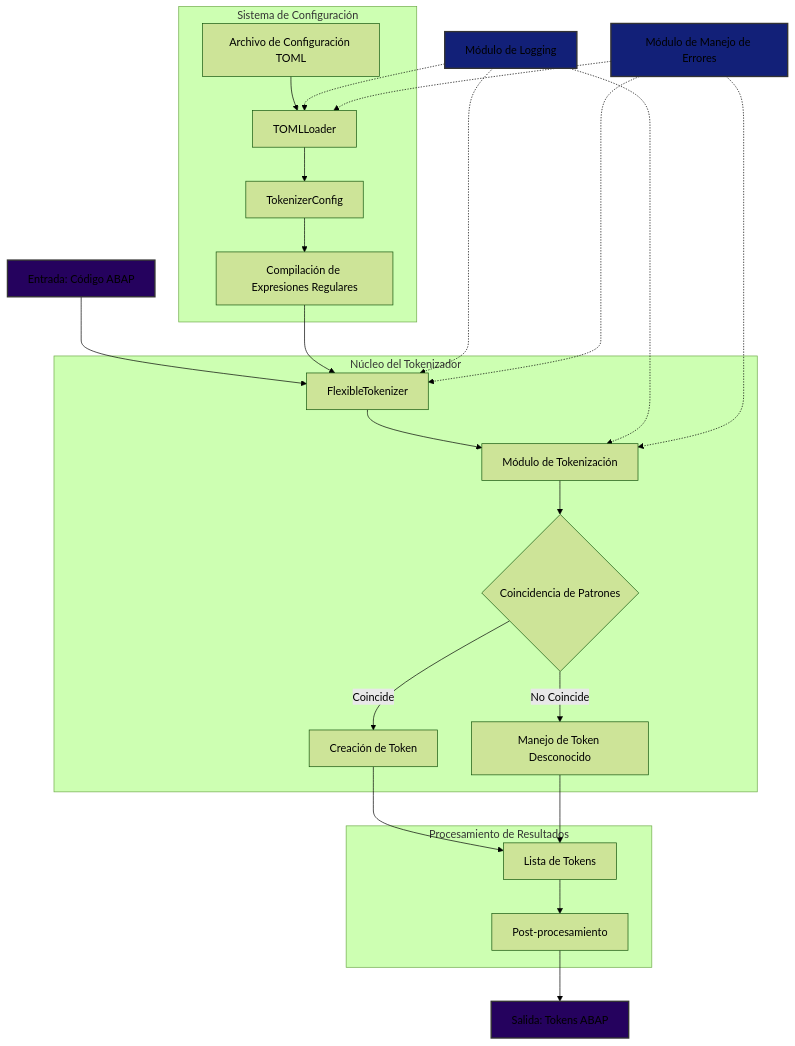
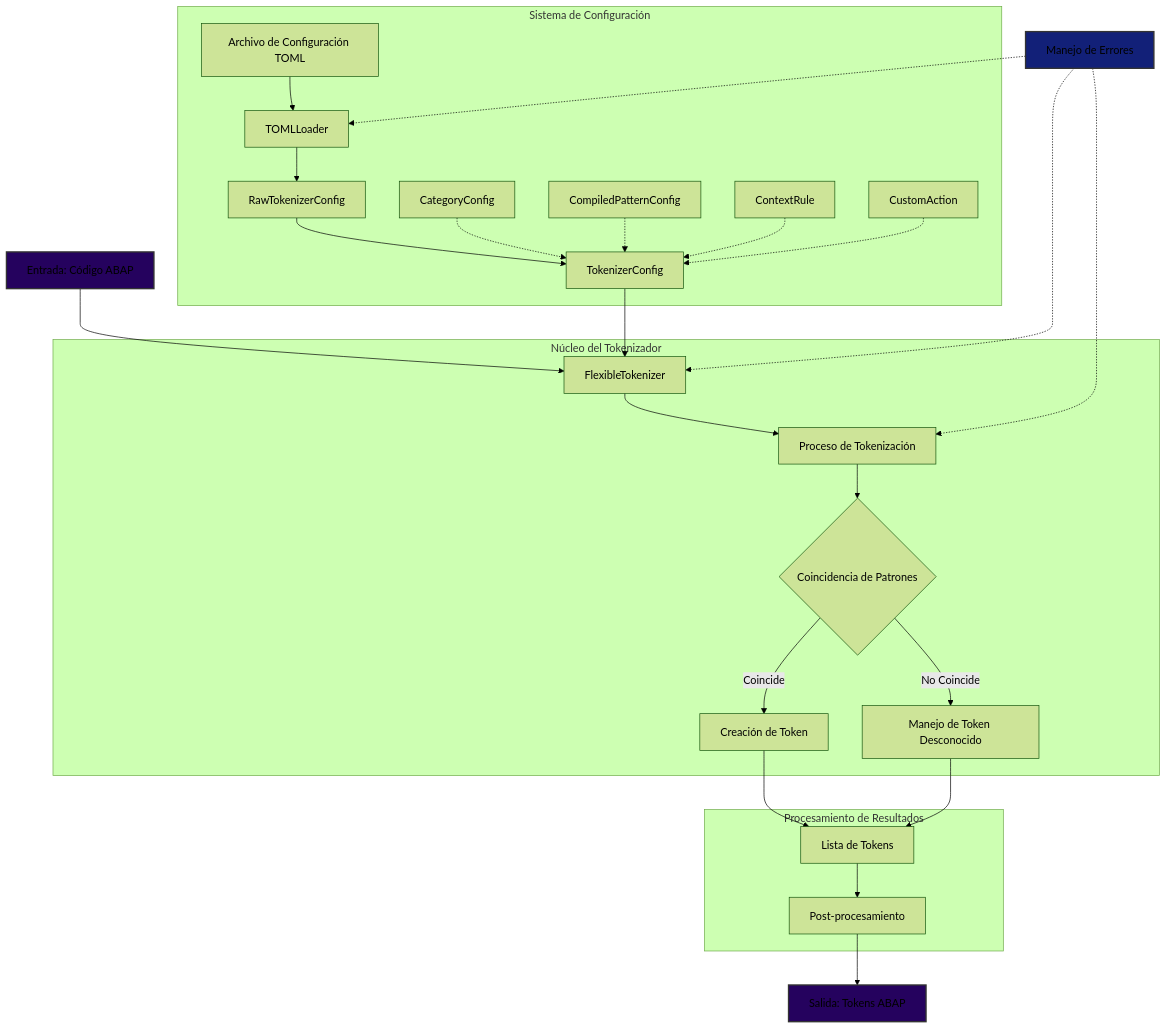
The second of 4 diagrams in README.md (hsanpaz/abap-tokenizer), drawn with Mermaid (forest theme) before and after one commit. The commit also changed other lines of this file, not shown here.

````diff
--- a/README.md
+++ b/README.md
@@ -504,49 +579,53 @@
 ```mermaid
 graph TD
     A[Entrada: Código ABAP] --> B[FlexibleTokenizer]
     C[Archivo de Configuración TOML] --> D[TOMLLoader]
-    D --> E[TokenizerConfig]
-    E --> F[Compilación de Expresiones Regulares]
+    D --> E[RawTokenizerConfig]
+    E --> F[TokenizerConfig]
     F --> B
-    B --> G[Módulo de Tokenización]
+    B --> G[Proceso de Tokenización]
     G --> H{Coincidencia de Patrones}
     H --> |Coincide| I[Creación de Token]
     H --> |No Coincide| J[Manejo de Token Desconocido]
     I --> K[Lista de Tokens]
     J --> K
     K --> L[Post-procesamiento]
     L --> M[Salida: Tokens ABAP]
     
-    N[Módulo de Logging] -.-> B
-    N -.-> D
-    N -.-> G
-    
-    O[Módulo de Manejo de Errores] -.-> B
+    O[Manejo de Errores] -.-> B
     O -.-> D
     O -.-> G
+    
+    P[CategoryConfig] -.-> F
+    Q[CompiledPatternConfig] -.-> F
+    R[ContextRule] -.-> F
+    S[CustomAction] -.-> F
     
     subgraph "Sistema de Configuración"
     C
     D
     E
     F
+    P
+    Q
+    R
+    S
     end
     
     subgraph "Núcleo del Tokenizador"
     B
     G
     H
     I
     J
     end
     
     subgraph "Procesamiento de Resultados"
     K
     L
     end
     
     style A fill:#25025e,stroke:#333,stroke-width:2px
     style M fill:#25025e,stroke:#333,stroke-width:2px
-    style N fill:#122078,stroke:#333,stroke-width:2px
     style O fill:#122078,stroke:#333,stroke-width:2px
 ```
````
